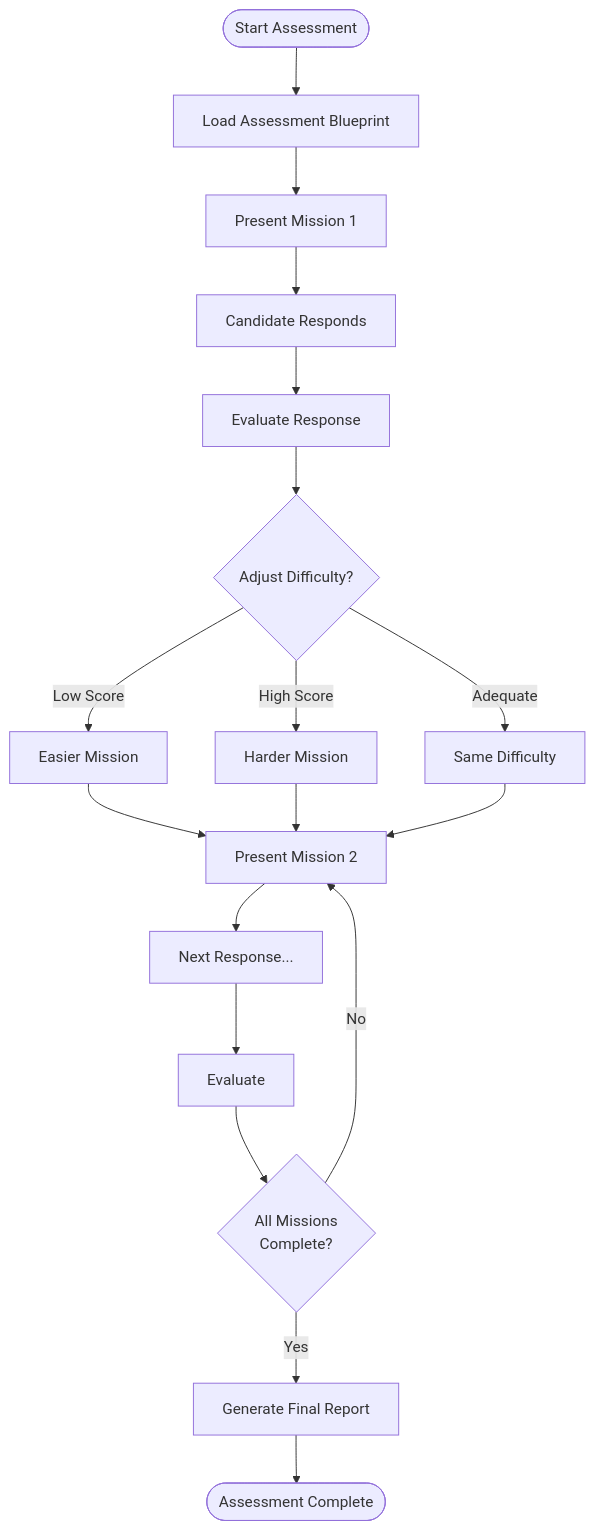
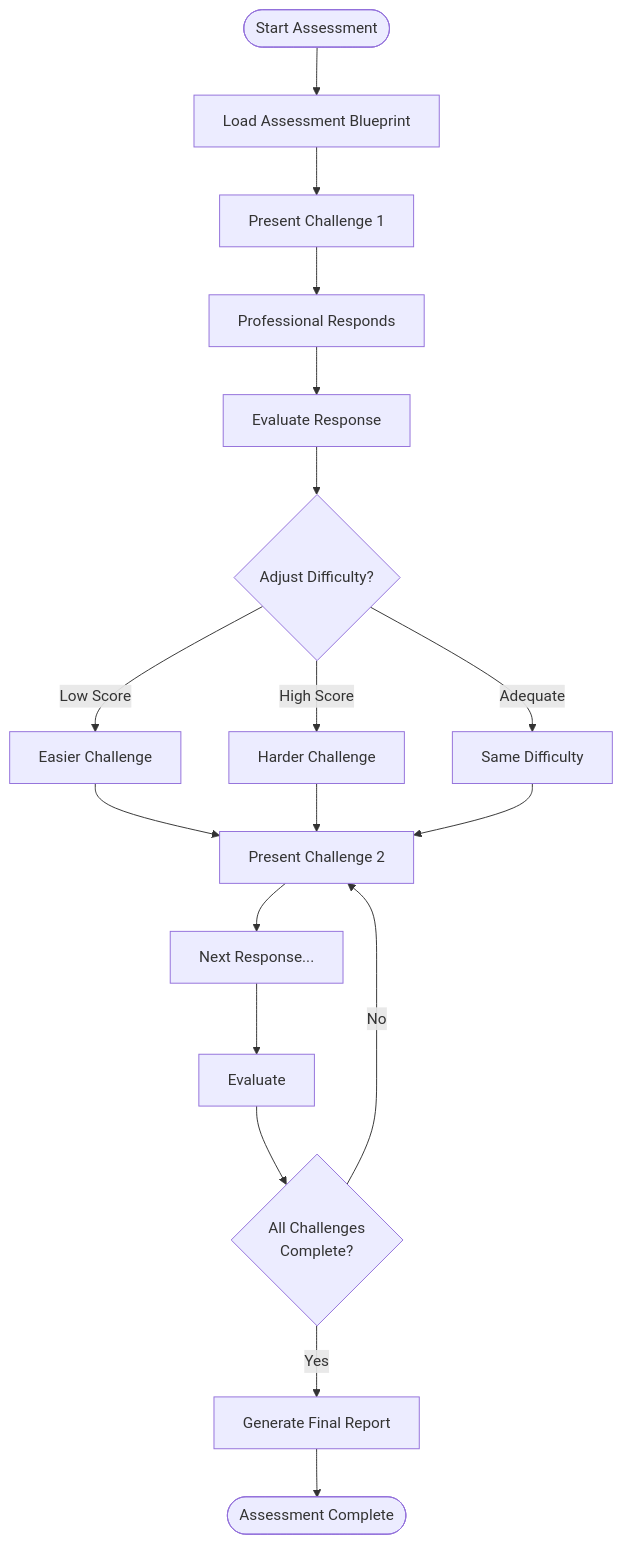
The tenth of 13 diagrams in README.md (BL4CK-0PS/AegisIQ), drawn with Mermaid before and after one commit. The commit also changed other lines of this file and 88 other files, not shown here.

First line of the commit message:
docs: enhance all 40 docs with Mermaid diagrams and Related Documents

````diff
--- a/README.md
+++ b/README.md
@@ -545,20 +616,20 @@
 ```mermaid
 flowchart TD
     START(["Start Assessment"]) --> PLAN["Load Assessment Blueprint"]
-    PLAN --> M1["Present Mission 1"]
-    M1 --> R1["Candidate Responds"]
+    PLAN --> M1["Present Challenge 1"]
+    M1 --> R1["Professional Responds"]
     R1 --> E1["Evaluate Response"]
     E1 --> ADJ{"Adjust Difficulty?"}
-    ADJ -->|"Low Score"| EASY["Easier Mission"]
-    ADJ -->|"High Score"| HARD["Harder Mission"]
+    ADJ -->|"Low Score"| EASY["Easier Challenge"]
+    ADJ -->|"High Score"| HARD["Harder Challenge"]
     ADJ -->|"Adequate"| NORM["Same Difficulty"]
-    EASY --> M2["Present Mission 2"]
+    EASY --> M2["Present Challenge 2"]
     HARD --> M2
     NORM --> M2
     M2 --> R2["Next Response..."]
     R2 --> E2["Evaluate"]
-    E2 --> DONE{"All Missions\nComplete?"}
+    E2 --> DONE{"All Challenges\nComplete?"}
     DONE -->|"Yes"| FINAL["Generate Final Report"]
     DONE -->|"No"| M2
     FINAL --> END(["Assessment Complete"])
 ```
````
